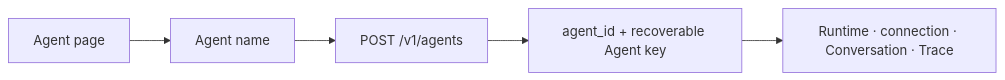
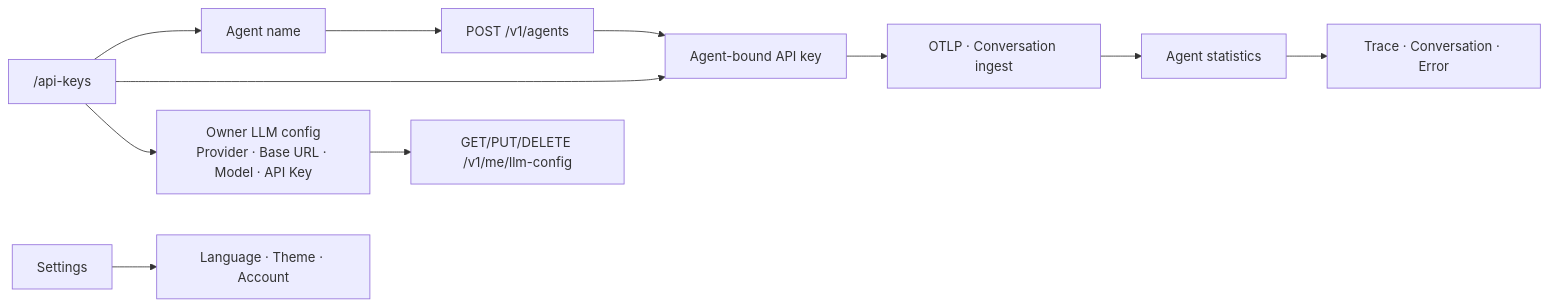
The second of 2 diagrams in catena-web/SPEC.md (fightheyyy/CATENA), drawn with Mermaid before and after one commit. The commit also changed other lines of this file and 34 other files, not shown here.

Commit message:
Make API management owner-configured

````diff
--- a/catena-web/SPEC.md
+++ b/catena-web/SPEC.md
@@ -21,7 +25,13 @@
 ```mermaid
 flowchart LR
-    AgentPage["Agent page"] --> Form["Agent name"]
-    Form --> API["POST /v1/agents"]
-    API --> Credential["agent_id + recoverable Agent key"]
-    Credential --> Status["Runtime · connection · Conversation · Trace"]
+    Stats["Agent statistics"] --> Evidence["Trace · Conversation · Error"]
+    Keys["/api-keys"] --> Name["Agent name"]
+    Name --> API["POST /v1/agents"]
+    API --> Credential["Agent-bound API key"]
+    Keys --> Credential
+    Keys --> ModelConfig["Owner LLM config<br/>Provider · Base URL · Model · API Key"]
+    ModelConfig --> Go["GET/PUT/DELETE /v1/me/llm-config"]
+    Credential --> Ingest["OTLP · Conversation ingest"]
+    Ingest --> Stats
+    Settings["Settings"] --> Preferences["Language · Theme · Account"]
 ```
````
